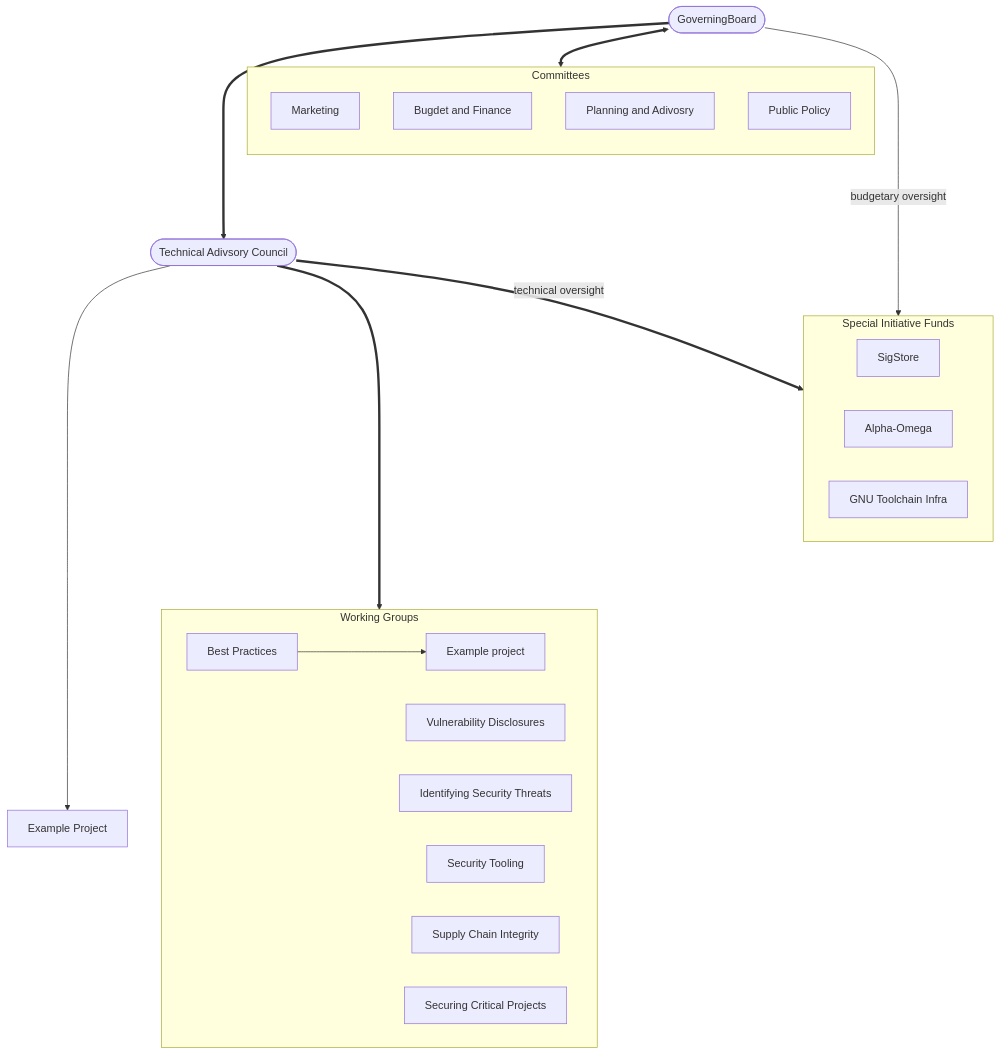
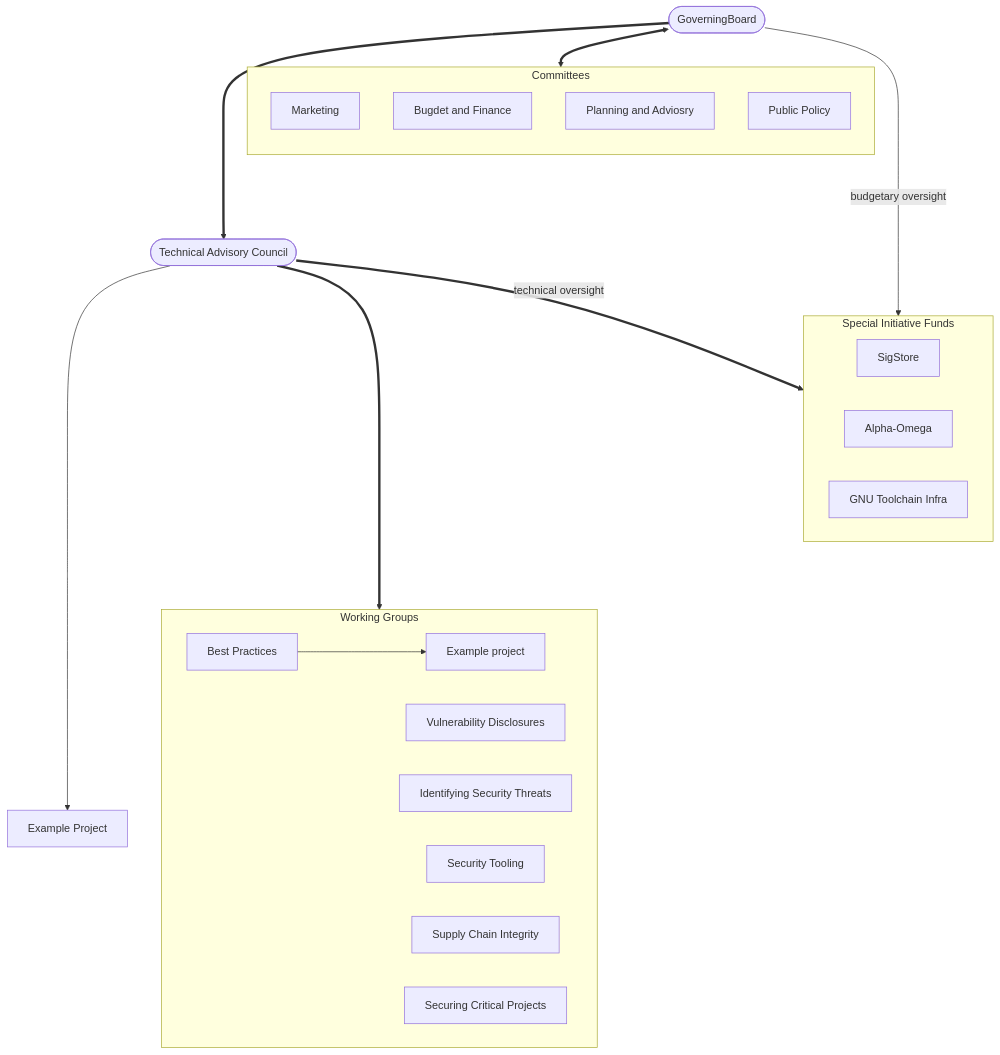
One commit to ossf/tac changed the diagram in organizational-structure-overview.md. Above: the diagram before and after it, drawn with Mermaid. The commit also changed 1 other file, not shown here.

Commit message:
Incorporated several comments from reviewers.

````diff
--- a/organizational-structure-overview.md
+++ b/organizational-structure-overview.md
@@ -51,36 +51,36 @@
 ```mermaid
 flowchart TB
     A([GoverningBoard])
 
     subgraph subC[Committees]
         direction TB
         Market[Marketing]
         Budget[Bugdet and Finance]
-        Plan[Planning and Adivosry]
+        Plan[Planning and Adviosry]
         Policy[Public Policy]
     end
     A <==> subC
-    A ====> B([Technical Adivsory Council])
+    A ====> B([Technical Advisory Council])
 
     subgraph subWG[Working Groups]
         BP[Best Practices]
         VD[Vulnerability Disclosures]
         IST[Identifying Security Threats]
         ST[Security Tooling]
         SCI[Supply Chain Integrity]
         SCP[Securing Critical Projects]
 
         BP ---> P2[Example project]
     end
     B ====> subWG
 
     B ----> P1[Example Project]
 
     subgraph subSIF[Special Initiative Funds]
         ss[SigStore]
         ao[Alpha-Omega]
         gti[GNU Toolchain Infra]
     end
     B ==technical oversight==> subSIF
     A --budgetary oversight--> subSIF
 ```
````
